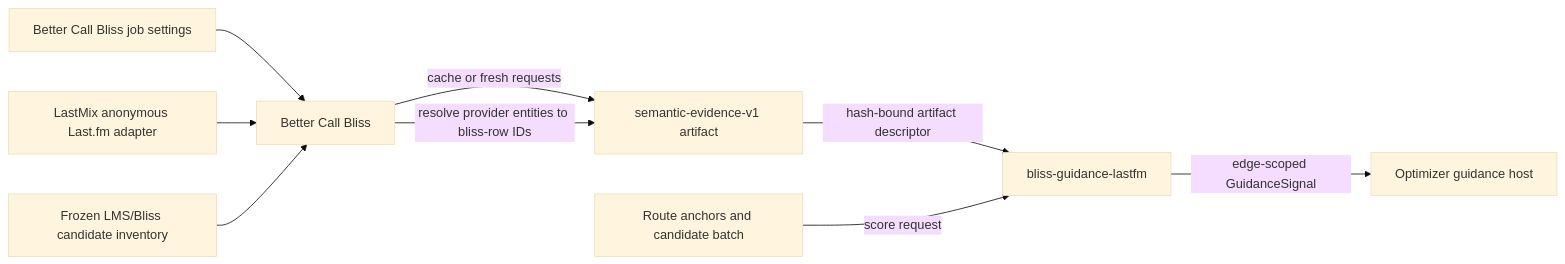
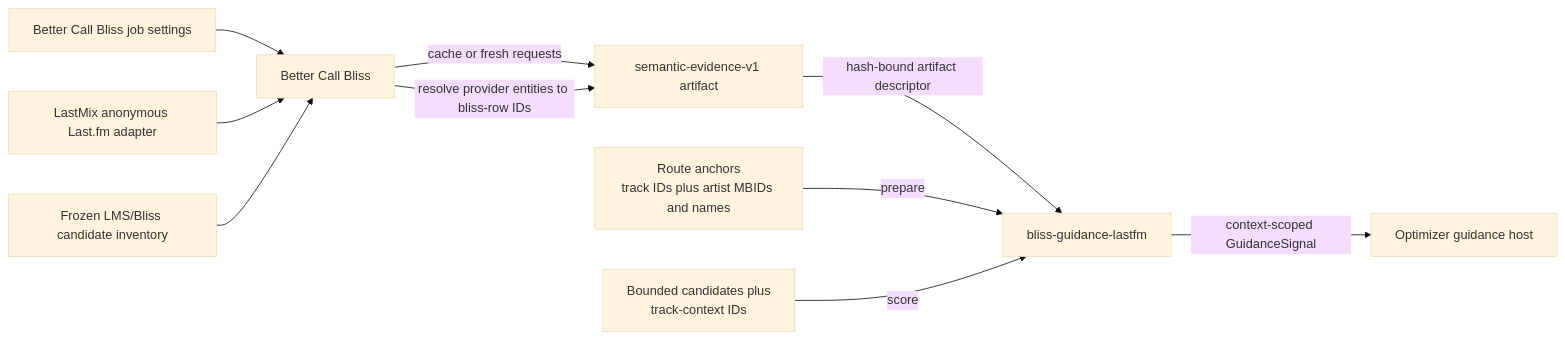
Before and after one commit to chrober/bliss-guidance-lastfm: the diagram in README.md, drawn with Mermaid (base theme). The commit also changed other lines of this file, not shown here.

Commit message:
Document Last.fm guidance identities

````diff
--- a/README.md
+++ b/README.md
@@ -15,11 +20,12 @@
 ```mermaid
 flowchart LR
     S[Better Call Bliss job settings] --> B[Better Call Bliss]
     L[LastMix anonymous Last.fm adapter] --> B
     B -->|cache or fresh requests| E[semantic-evidence-v1 artifact]
     I[Frozen LMS/Bliss candidate inventory] --> B
     B -->|resolve provider entities to bliss-row IDs| E
     E -->|hash-bound artifact descriptor| P[bliss-guidance-lastfm]
-    A[Route anchors and candidate batch] -->|score request| P
-    P -->|edge-scoped GuidanceSignal| O[Optimizer guidance host]
+    A[Route anchors\ntrack IDs plus artist MBIDs and names] -->|prepare| P
+    C[Bounded candidates plus\ntrack-context IDs] -->|score| P
+    P -->|context-scoped GuidanceSignal| O[Optimizer guidance host]
 ```
````
